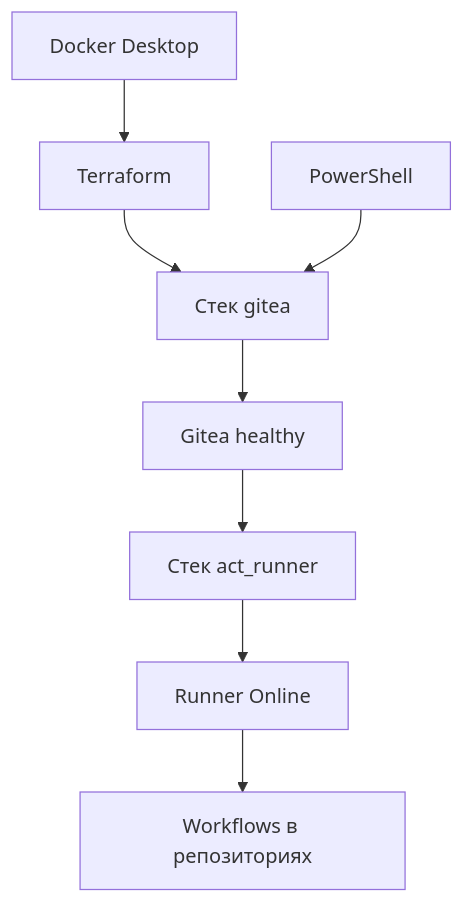
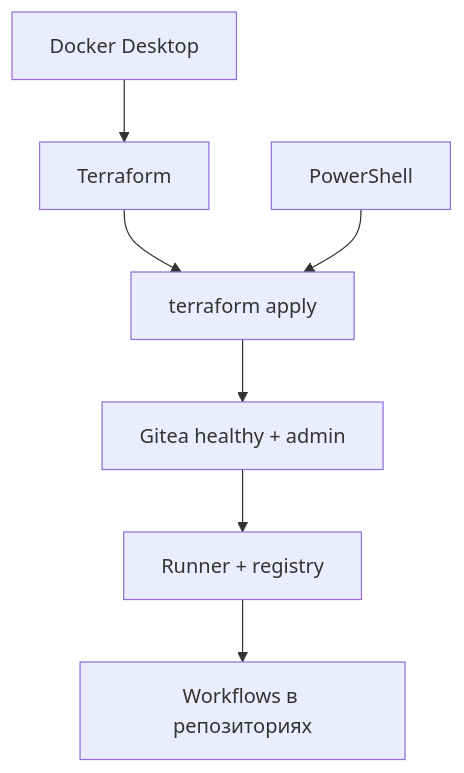
The fourth of 4 diagrams in documentation/EnvironmentObsidian/Схема проекта.md (KRTone/environment), drawn with Mermaid before and after one commit. The commit also changed other lines of this file and 24 other files, not shown here.

````diff
--- a/documentation/EnvironmentObsidian/Схема проекта.md
+++ b/documentation/EnvironmentObsidian/Схема проекта.md
@@ -152,11 +155,10 @@
 ```mermaid
 flowchart TD
     DockerDesktop[Docker Desktop] --> Terraform
-    Terraform --> GiteaStack[Стек gitea]
-    GiteaStack --> GiteaRunning[Gitea healthy]
-    GiteaRunning --> RunnerStack[Стек act_runner]
-    RunnerStack --> RunnerOnline[Runner Online]
+    Terraform --> RootApply[terraform apply]
+    RootApply --> GiteaRunning[Gitea healthy + admin]
+    GiteaRunning --> RunnerOnline[Runner + registry]
     RunnerOnline --> Workflows[Workflows в репозиториях]
 
-    PowerShell --> GiteaStack
+    PowerShell --> RootApply
 ```
````
